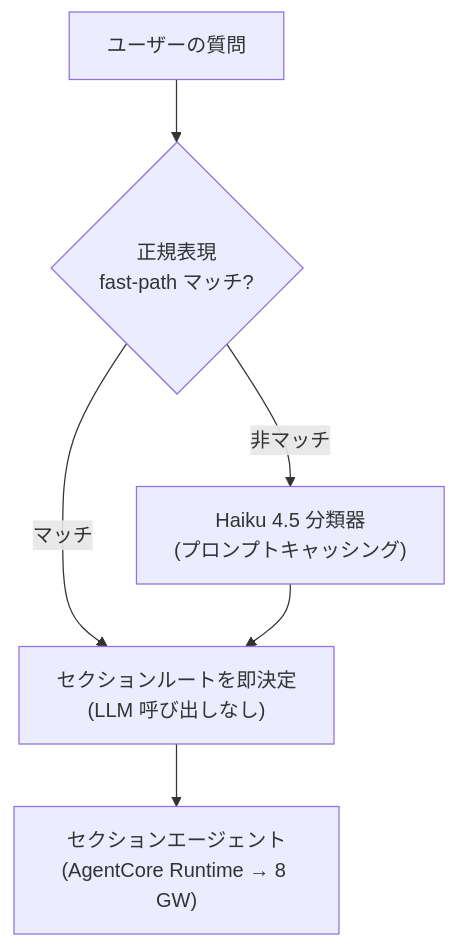
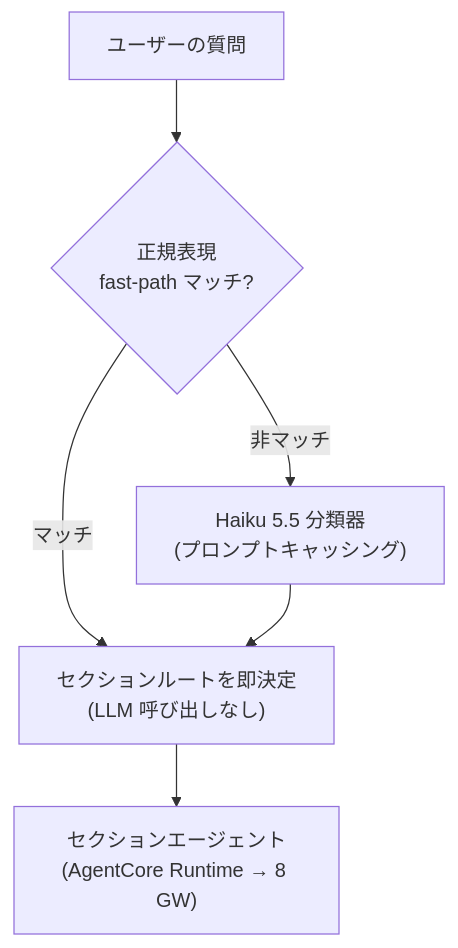
Before and after one commit to aws-samples/sample-awsops: the third of 4 diagrams in docs-site/i18n/ja/docusaurus-plugin-content-docs/current/faq/architecture.md, drawn with Mermaid. The commit also changed other lines of this file and 64 other files, not shown here.

````diff
--- a/docs-site/i18n/ja/docusaurus-plugin-content-docs/current/faq/architecture.md
+++ b/docs-site/i18n/ja/docusaurus-plugin-content-docs/current/faq/architecture.md
@@ -127,8 +127,8 @@
 ```mermaid
 flowchart TD
   Q["ユーザーの質問"] --> REGEX{"正規表現<br/>fast-path マッチ?"}
   REGEX -->|"マッチ"| ROUTE["セクションルートを即決定<br/>(LLM 呼び出しなし)"]
-  REGEX -->|"非マッチ"| HAIKU["Haiku 4.5 分類器<br/>(プロンプトキャッシング)"]
+  REGEX -->|"非マッチ"| HAIKU["Haiku 5.5 分類器<br/>(プロンプトキャッシング)"]
   HAIKU --> ROUTE
   ROUTE --> AGENT["セクションエージェント<br/>(AgentCore Runtime → 8 GW)"]
 ```
````
